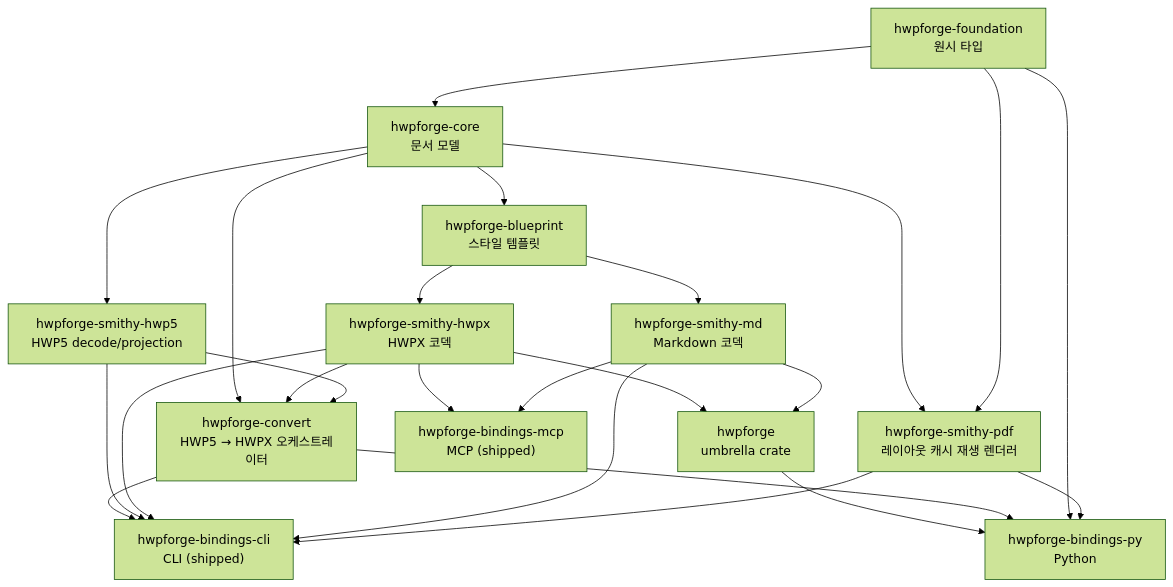
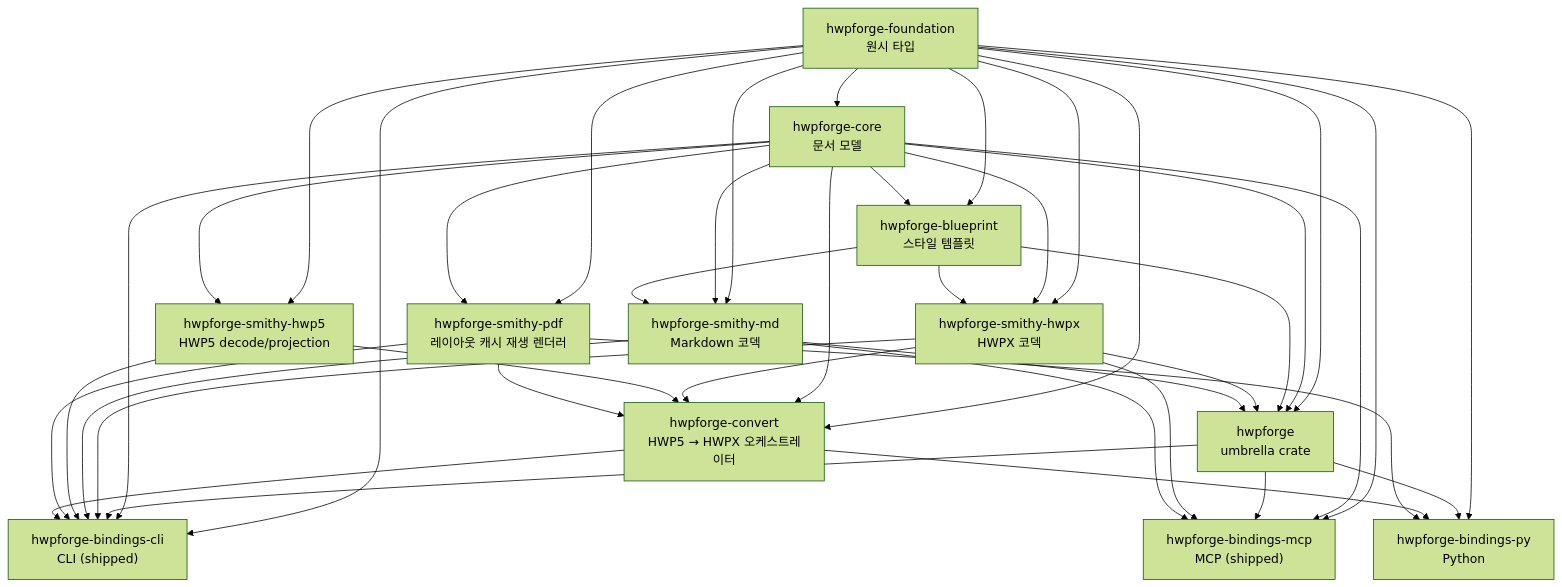
The diagram in docs/getting-started/architecture.md (ai-screams/HwpForge), drawn with Mermaid (forest theme) before and after one commit. The commit also changed other lines of this file and 10 other files, not shown here.

````diff
--- a/docs/getting-started/architecture.md
+++ b/docs/getting-started/architecture.md
@@ -19,26 +19,43 @@
 ```mermaid
 graph TD
     F[hwpforge-foundation<br/>원시 타입] --> C[hwpforge-core<br/>문서 모델]
-    C --> B[hwpforge-blueprint<br/>스타일 템플릿]
-    B --> SH[hwpforge-smithy-hwpx<br/>HWPX 코덱]
-    B --> SM[hwpforge-smithy-md<br/>Markdown 코덱]
-    C --> S5[hwpforge-smithy-hwp5<br/>HWP5 decode/projection]
-    C --> SPDF[hwpforge-smithy-pdf<br/>레이아웃 캐시 재생 렌더러]
-    F --> SPDF
-    C --> CONV["hwpforge-convert<br/>HWP5 → HWPX 오케스트레이터"]
+    F --> B[hwpforge-blueprint<br/>스타일 템플릿]
+    C --> B
+    F --> SH[hwpforge-smithy-hwpx<br/>HWPX 코덱]
+    C --> SH
+    B --> SH
+    F --> SM[hwpforge-smithy-md<br/>Markdown 코덱]
+    C --> SM
+    B --> SM
+    F --> S5[hwpforge-smithy-hwp5<br/>HWP5 decode/projection]
+    C --> S5
+    F --> SPDF[hwpforge-smithy-pdf<br/>레이아웃 캐시 재생 렌더러]
+    C --> SPDF
+    F --> CONV["hwpforge-convert<br/>HWP5 → HWPX 오케스트레이터"]
+    C --> CONV
     SH --> CONV
     S5 --> CONV
-    SH --> U[hwpforge<br/>umbrella crate]
+    SPDF --> CONV
+    F --> U[hwpforge<br/>umbrella crate]
+    C --> U
+    B --> U
+    SH --> U
     SM --> U
-    CONV --> CLI["hwpforge-bindings-cli<br/>CLI (shipped)"]
-    S5 --> CLI
+    F --> CLI["hwpforge-bindings-cli<br/>CLI (shipped)"]
+    C --> CLI
+    U --> CLI
     SH --> CLI
     SM --> CLI
+    S5 --> CLI
     SPDF --> CLI
-    SH --> MCP["hwpforge-bindings-mcp<br/>MCP (shipped)"]
+    CONV --> CLI
+    F --> MCP["hwpforge-bindings-mcp<br/>MCP (shipped)"]
+    C --> MCP
+    U --> MCP
+    SH --> MCP
     SM --> MCP
-    U --> PY["hwpforge-bindings-py<br/>Python"]
+    F --> PY["hwpforge-bindings-py<br/>Python"]
+    U --> PY
     CONV --> PY
-    F --> PY
     SPDF --> PY
 ```
````
